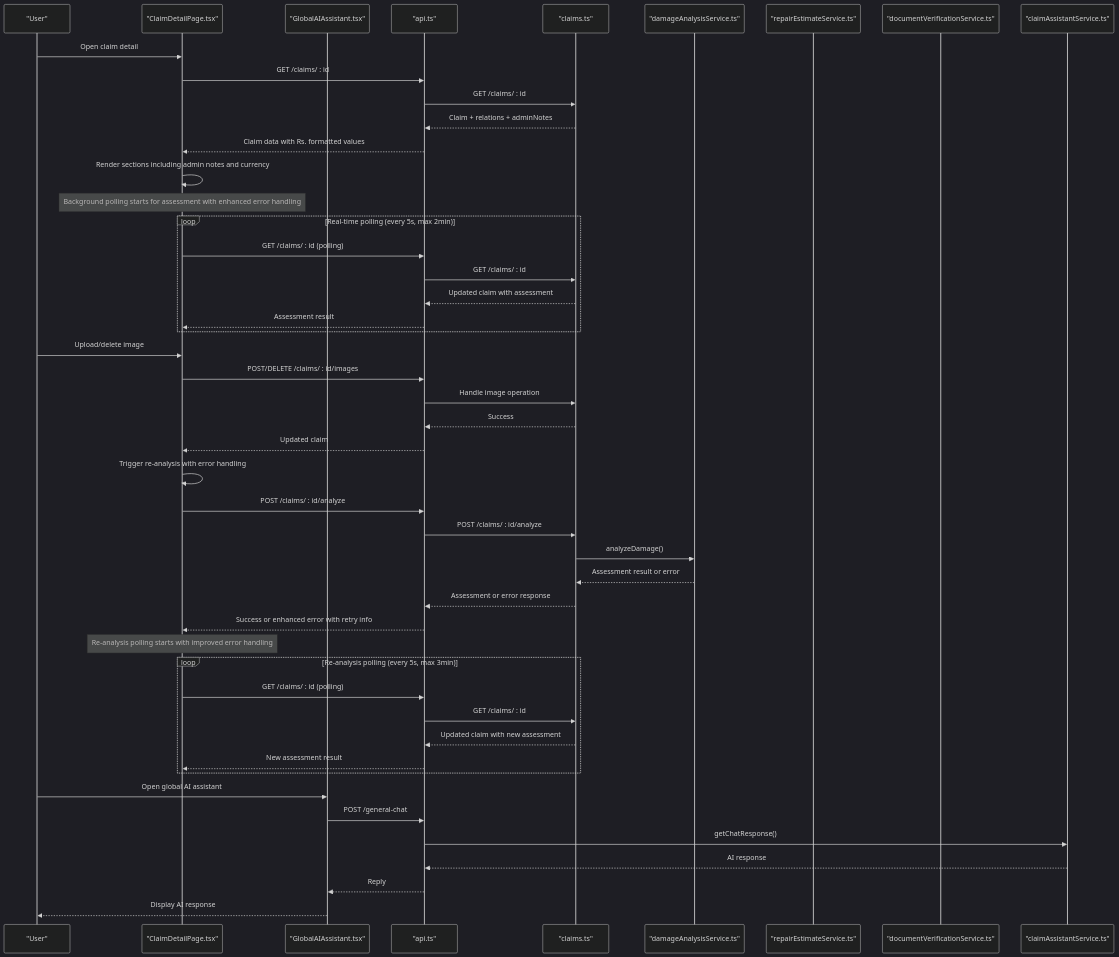
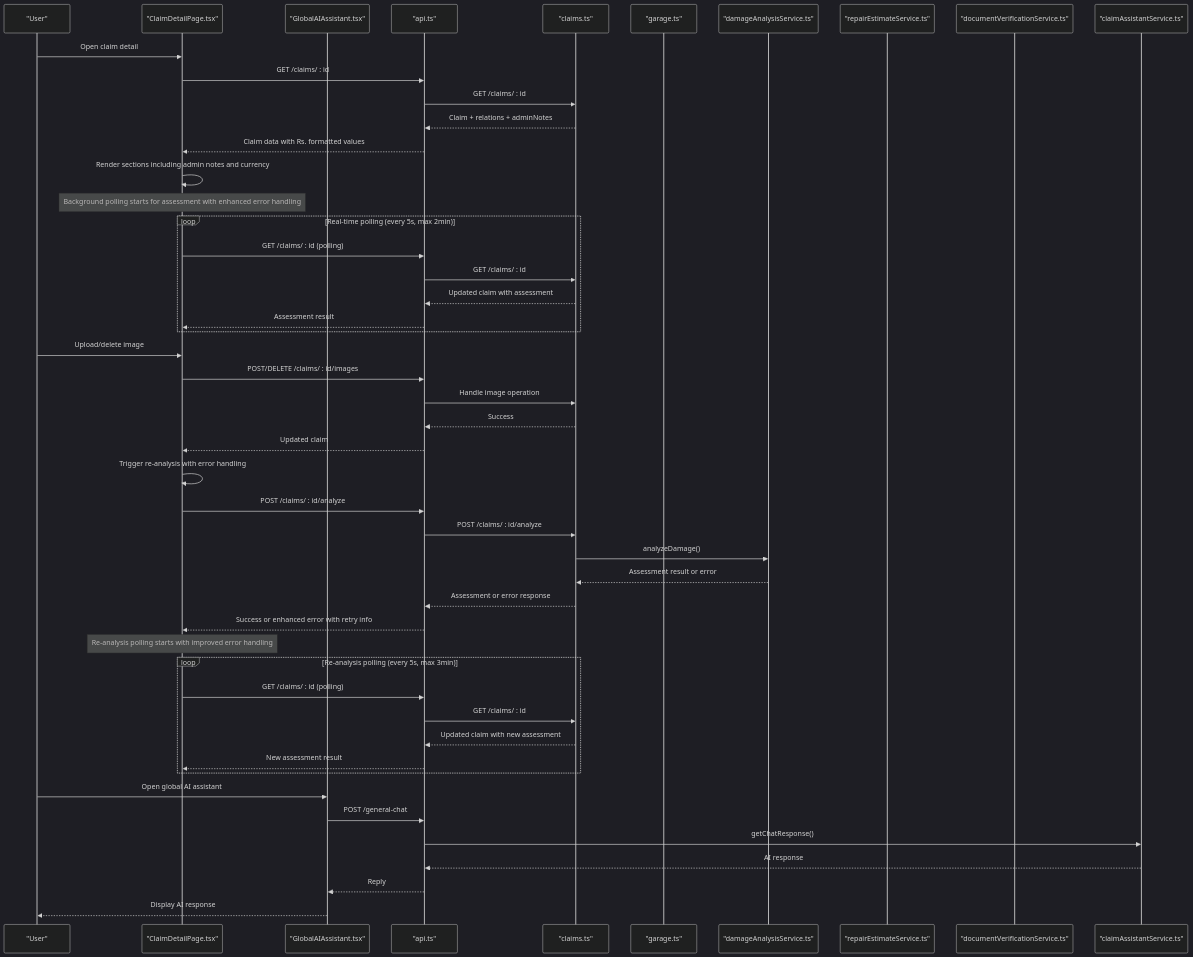
The second of 3 diagrams in .qoder/repowiki/en/content/Frontend Documentation/Pages and Views/User Pages/Claim Detail Page.md (NaveenHiranya/Smart-Vehicle-Insurance-Claim-System), drawn with Mermaid (dark theme) before and after one commit. The commit also changed other lines of this file and 38 other files, not shown here.

````diff
--- a/.qoder/repowiki/en/content/Frontend Documentation/Pages and Views/User Pages/Claim Detail Page.md
+++ b/.qoder/repowiki/en/content/Frontend Documentation/Pages and Views/User Pages/Claim Detail Page.md
@@ -149,50 +164,51 @@
 ```mermaid
 sequenceDiagram
 participant U as "User"
 participant F as "ClaimDetailPage.tsx"
 participant GA as "GlobalAIAssistant.tsx"
 participant A as "api.ts"
 participant R as "claims.ts"
+participant GR as "garage.ts"
 participant S1 as "damageAnalysisService.ts"
 participant S2 as "repairEstimateService.ts"
 participant S3 as "documentVerificationService.ts"
 participant S4 as "claimAssistantService.ts"
 U->>F : Open claim detail
 F->>A : GET /claims/ : id
 A->>R : GET /claims/ : id
 R-->>A : Claim + relations + adminNotes
 A-->>F : Claim data with Rs. formatted values
 F->>F : Render sections including admin notes and currency
 Note over F : Background polling starts for assessment with enhanced error handling
 loop Real-time polling (every 5s, max 2min)
 F->>A : GET /claims/ : id (polling)
 A->>R : GET /claims/ : id
 R-->>A : Updated claim with assessment
 A-->>F : Assessment result
 end
 U->>F : Upload/delete image
 F->>A : POST/DELETE /claims/ : id/images
 A->>R : Handle image operation
 R-->>A : Success
 A-->>F : Updated claim
 F->>F : Trigger re-analysis with error handling
 F->>A : POST /claims/ : id/analyze
 A->>R : POST /claims/ : id/analyze
 R->>S1 : analyzeDamage()
 S1-->>R : Assessment result or error
 R-->>A : Assessment or error response
 A-->>F : Success or enhanced error with retry info
 Note over F : Re-analysis polling starts with improved error handling
 loop Re-analysis polling (every 5s, max 3min)
 F->>A : GET /claims/ : id (polling)
 A->>R : GET /claims/ : id
 R-->>A : Updated claim with new assessment
 A-->>F : New assessment result
 end
 U->>GA : Open global AI assistant
 GA->>A : POST /general-chat
 A->>S4 : getChatResponse()
 S4-->>A : AI response
 A-->>GA : Reply
 GA-->>U : Display AI response
 ```
````
